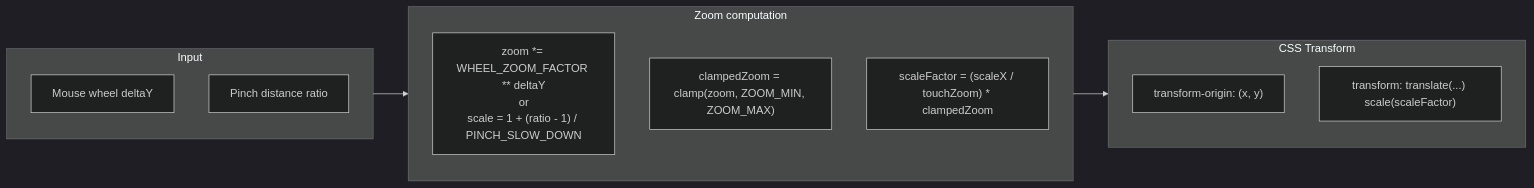
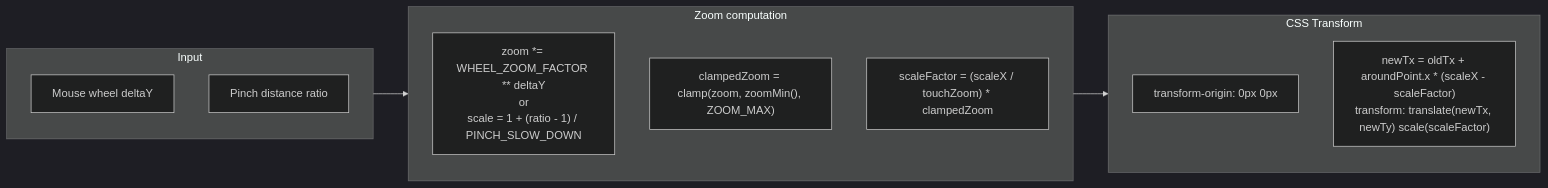
Before and after one commit to thuyencode/draw-together: the fourth of 6 diagrams in docs/canvas-drag-and-zoom.md, drawn with Mermaid (dark theme). The commit also changed other lines of this file and 4 other files, not shown here.

````diff
--- a/docs/canvas-drag-and-zoom.md
+++ b/docs/canvas-drag-and-zoom.md
@@ -355,20 +476,20 @@
 ```mermaid
 flowchart LR
     subgraph Input["Input"]
         W["Mouse wheel deltaY"]
         P["Pinch distance ratio"]
     end
 
     subgraph Compute["Zoom computation"]
         Z["zoom *= WHEEL_ZOOM_FACTOR ** deltaY<br>or<br>scale = 1 + (ratio - 1) / PINCH_SLOW_DOWN"]
-        C["clampedZoom = clamp(zoom, ZOOM_MIN, ZOOM_MAX)"]
+        C["clampedZoom = clamp(zoom, zoomMin(), ZOOM_MAX)"]
         S["scaleFactor = (scaleX / touchZoom) * clampedZoom"]
     end
 
     subgraph Apply["CSS Transform"]
-        O["transform-origin: (x, y)"]
-        T["transform: translate(...) scale(scaleFactor)"]
+        O["transform-origin: 0px 0px"]
+        T["newTx = oldTx + aroundPoint.x * (scaleX - scaleFactor)<br>transform: translate(newTx, newTy) scale(scaleFactor)"]
     end
 
     Input --> Compute --> Apply
 ```
````
